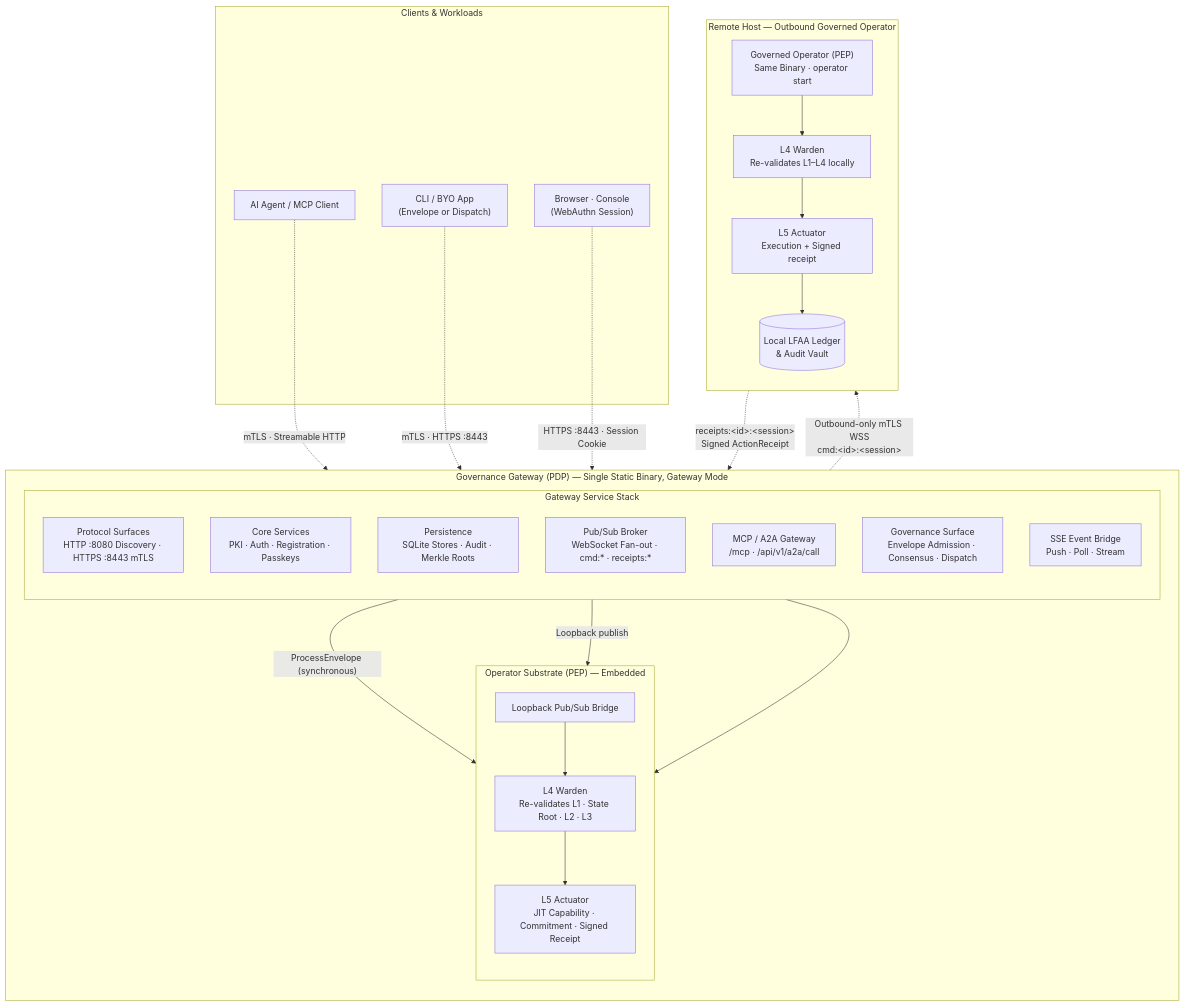
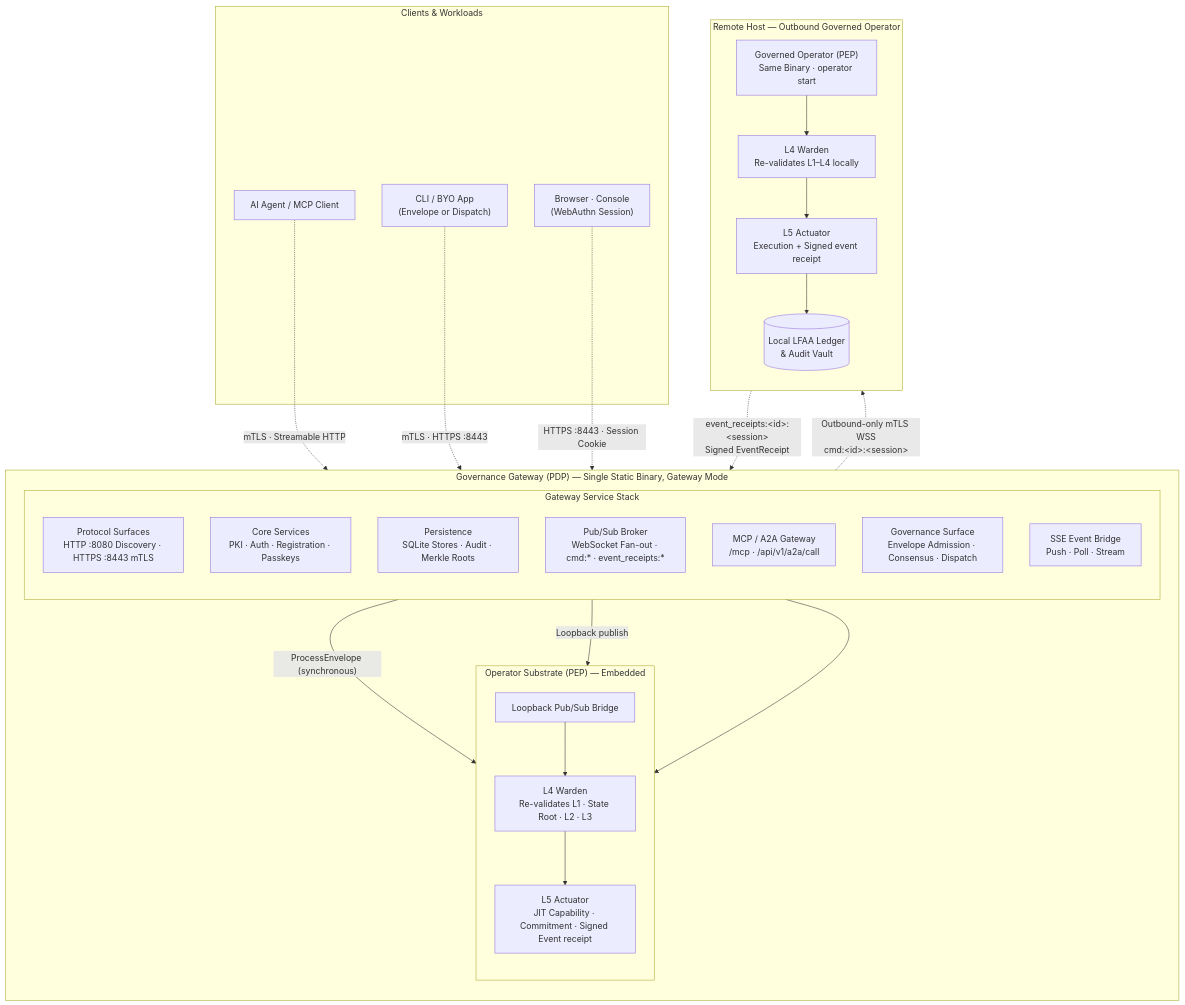
The diagram in docs/diagrams/graph-system-50k.md (zerotrustdata/ztd), drawn with Mermaid before and after one commit. The commit also changed other lines of this file and 572 other files, not shown here.

First line of the commit message:
rename receipts to event receipts with no compatibility

````diff
--- a/docs/diagrams/graph-system-50k.md
+++ b/docs/diagrams/graph-system-50k.md
@@ -30,51 +30,51 @@
 ```mermaid
 graph TD
     subgraph GatewayProcess ["Governance Gateway (PDP) — Single Static Binary, Gateway Mode"]
         direction TB
 
         subgraph GWStack ["Gateway Service Stack"]
             direction TB
             Surfaces["Protocol Surfaces<br/>HTTP :8080 Discovery · HTTPS :8443 mTLS"]
             Services["Core Services<br/>PKI · Auth · Registration · Passkeys"]
             Persistence["Persistence<br/>SQLite Stores · Audit · Merkle Roots"]
-            Broker["Pub/Sub Broker<br/>WebSocket Fan-out · cmd:* · receipts:*"]
+            Broker["Pub/Sub Broker<br/>WebSocket Fan-out · cmd:* · event_receipts:*"]
             MCP["MCP / A2A Gateway<br/>/mcp · /api/v1/a2a/call"]
             Gov["Governance Surface<br/>Envelope Admission · Consensus · Dispatch"]
             SSE["SSE Event Bridge<br/>Push · Poll · Stream"]
         end
 
         subgraph OpSubstrate ["Operator Substrate (PEP) — Embedded"]
             direction TB
             Loopback["Loopback Pub/Sub Bridge"]
             L4["L4 Warden<br/>Re-validates L1 · State Root · L2 · L3"]
-            L5["L5 Actuator<br/>JIT Capability · Commitment · Signed Receipt"]
+            L5["L5 Actuator<br/>JIT Capability · Commitment · Signed Event receipt"]
             Loopback --> L4 --> L5
         end
 
         Gov -- "ProcessEnvelope (synchronous)" --> Loopback
         Broker -- "Loopback publish" --> Loopback
         MCP --> Loopback
     end
 
     subgraph RemoteHost ["Remote Host — Outbound Governed Operator"]
         direction TB
         RemoteOp["Governed Operator (PEP)<br/>Same Binary · operator start"]
         RemoteL4["L4 Warden<br/>Re-validates L1–L4 locally"]
-        RemoteL5["L5 Actuator<br/>Execution + Signed receipt"]
+        RemoteL5["L5 Actuator<br/>Execution + Signed event receipt"]
         RemoteLedger[("Local LFAA Ledger<br/>& Audit Vault")]
         RemoteOp --> RemoteL4 --> RemoteL5 --> RemoteLedger
     end
 
     subgraph Clients ["Clients & Workloads"]
         Agent["AI Agent / MCP Client"]
         BYO["CLI / BYO App<br/>(Envelope or Dispatch)"]
         Browser["Browser · Console<br/>(WebAuthn Session)"]
     end
 
     Agent -. "mTLS · Streamable HTTP" .-> Surfaces
     BYO -. "mTLS · HTTPS :8443" .-> Gov
     Browser -. "HTTPS :8443 · Session Cookie" .-> Surfaces
 
     Broker -. "Outbound-only mTLS WSS<br/>cmd:&lt;id&gt;:&lt;session&gt;" .-> RemoteOp
-    RemoteOp -. "receipts:&lt;id&gt;:&lt;session&gt;<br/>Signed ActionReceipt" .-> Broker
+    RemoteOp -. "event_receipts:&lt;id&gt;:&lt;session&gt;<br/>Signed EventReceipt" .-> Broker
 ```
````
